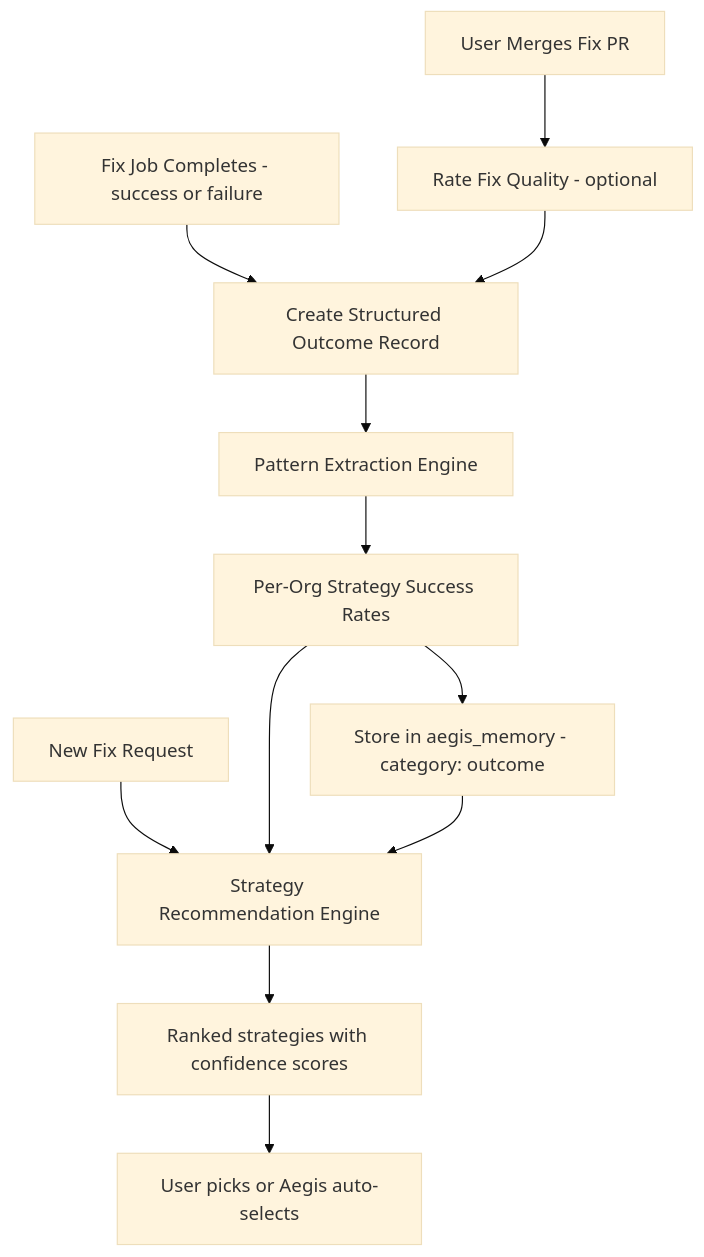
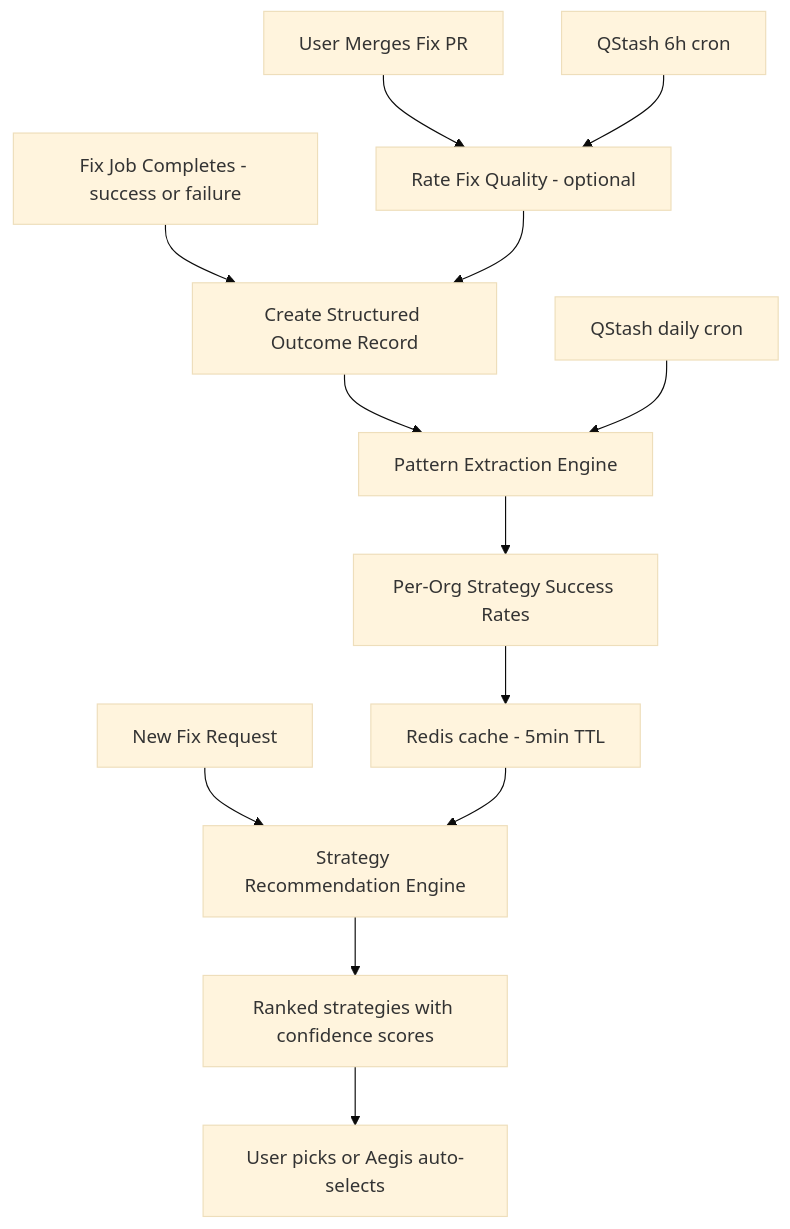
The first of 3 diagrams in .cursor/plans/phase_16_aegis_learning.plan.md (deptex/deptex), drawn with Mermaid (base theme) before and after one commit. The commit also changed other lines of this file and 269 other files, not shown here.

````diff
--- a/.cursor/plans/phase_16_aegis_learning.plan.md
+++ b/.cursor/plans/phase_16_aegis_learning.plan.md
@@ -20,16 +63,18 @@
 ```mermaid
 graph TD
     FixCompletes["Fix Job Completes - success or failure"] --> OutcomeRecord["Create Structured Outcome Record"]
     OutcomeRecord --> PatternEngine["Pattern Extraction Engine"]
     PatternEngine --> StrategyScores["Per-Org Strategy Success Rates"]
-    StrategyScores --> Memory["Store in aegis_memory - category: outcome"]
+    StrategyScores --> Cache["Redis cache - 5min TTL"]
     
     NewFix["New Fix Request"] --> StrategySelector["Strategy Recommendation Engine"]
-    StrategyScores --> StrategySelector
-    Memory --> StrategySelector
+    Cache --> StrategySelector
     StrategySelector --> Recommendation["Ranked strategies with confidence scores"]
     Recommendation --> UserOrAegis["User picks or Aegis auto-selects"]
     
     PRMerged["User Merges Fix PR"] --> FeedbackPrompt["Rate Fix Quality - optional"]
     FeedbackPrompt --> OutcomeRecord
+    
+    DailyCron["QStash daily cron"] --> PatternEngine
+    FeedbackCron["QStash 6h cron"] --> FeedbackPrompt
 ```
````
